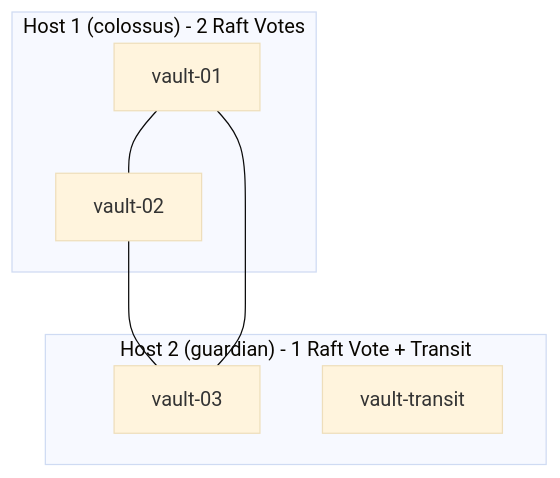
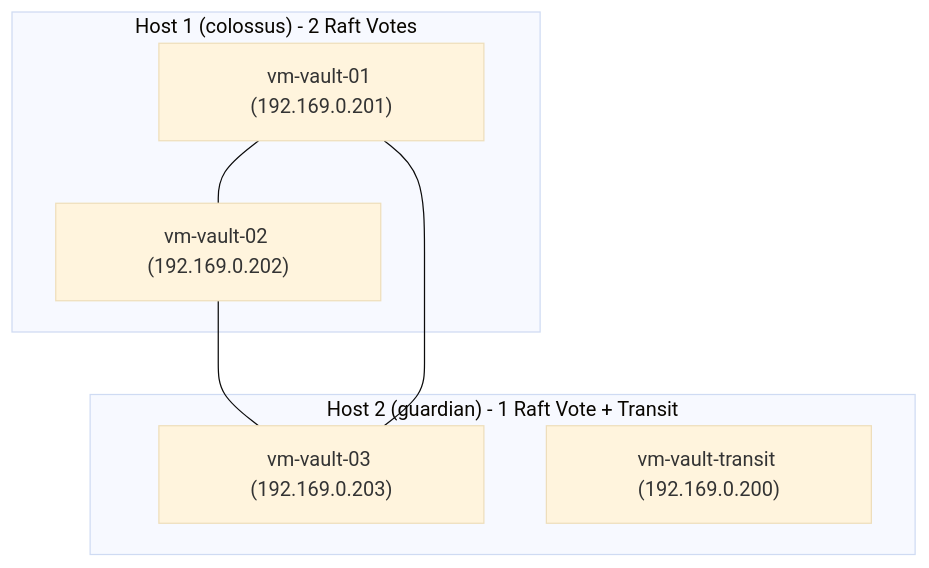
Before and after one commit to antonj-code/vault-bootstrap: the second of 3 diagrams in docs/architecture.md, drawn with Mermaid (base theme). The commit also changed other lines of this file and 9 other files, not shown here.

````diff
--- a/docs/architecture.md
+++ b/docs/architecture.md
@@ -66,15 +66,15 @@
 ```mermaid
 graph TD
     subgraph Host1["Host 1 (colossus) - 2 Raft Votes"]
-        n1["vault-01"]
-        n2["vault-02"]
+        n1["vm-vault-01 (192.169.0.201)"]
+        n2["vm-vault-02 (192.169.0.202)"]
     end
     subgraph Host2["Host 2 (guardian) - 1 Raft Vote + Transit"]
-        n3["vault-03"]
-        tr["vault-transit"]
+        n3["vm-vault-03 (192.169.0.203)"]
+        tr["vm-vault-transit (192.169.0.200)"]
     end
 
     n1 --- n2
     n2 --- n3
     n3 --- n1
 ```
````
